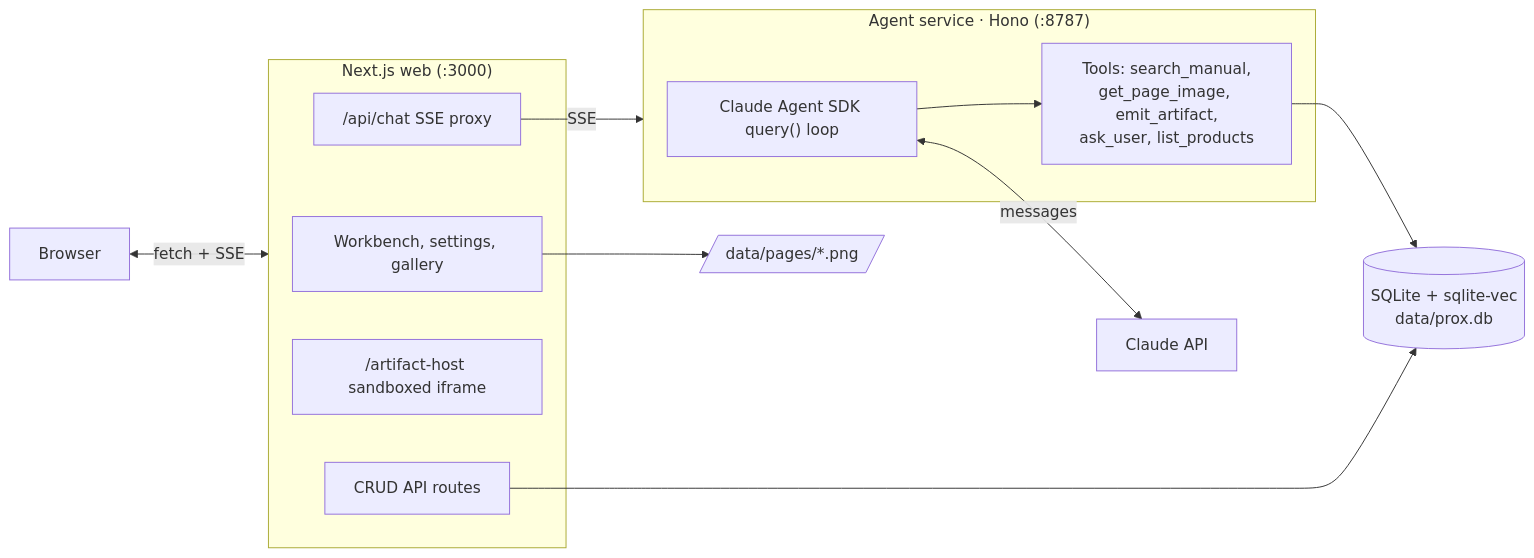
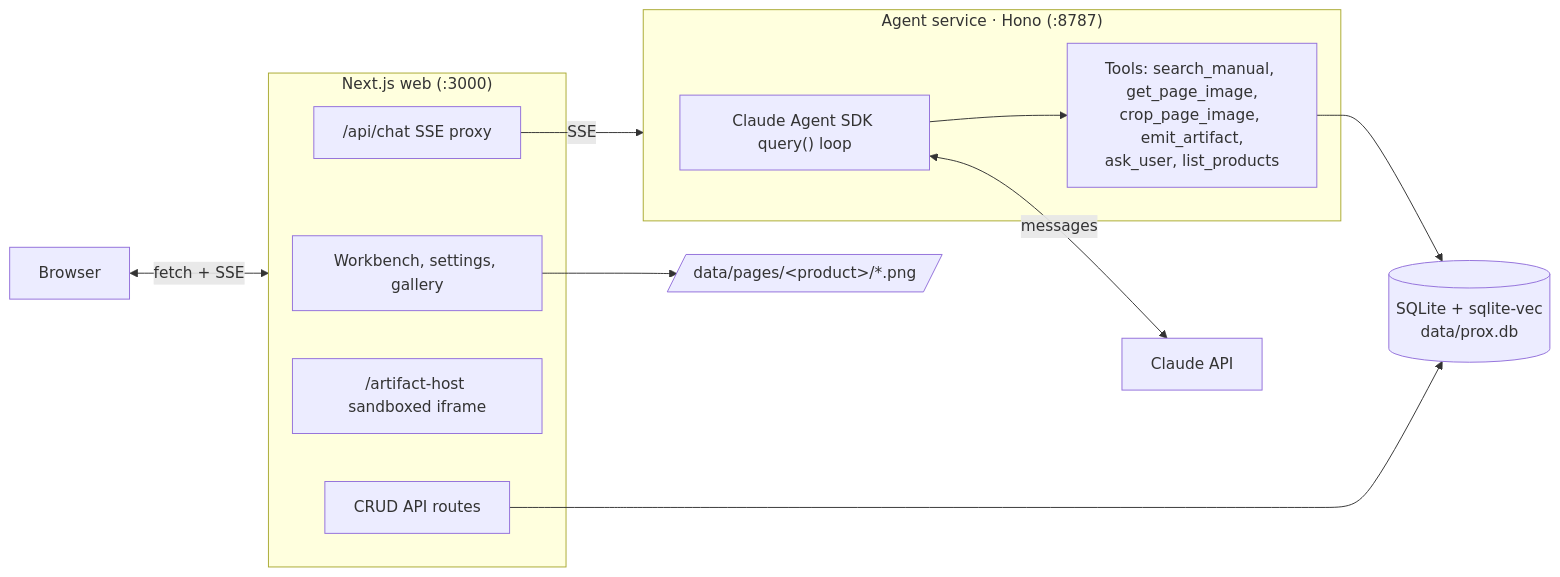
The diagram in README.md (katipally/takt), drawn with Mermaid before and after one commit. The commit also changed other lines of this file and 1 other file, not shown here.

````diff
--- a/README.md
+++ b/README.md
@@ -157,25 +156,25 @@
 ```mermaid
 flowchart LR
     B["Browser"]
     subgraph web["Next.js web (:3000)"]
         UI["Workbench, settings, gallery"]
         Proxy["/api/chat SSE proxy"]
         Iframe["/artifact-host sandboxed iframe"]
         CRUD["CRUD API routes"]
     end
     subgraph agent["Agent service · Hono (:8787)"]
         Loop["Claude Agent SDK query() loop"]
-        Tools["Tools: search_manual,<br/>get_page_image, emit_artifact,<br/>ask_user, list_products"]
+        Tools["Tools: search_manual, get_page_image,<br/>crop_page_image, emit_artifact,<br/>ask_user, list_products"]
     end
     DB[("SQLite + sqlite-vec<br/>data/prox.db")]
-    PNG[/"data/pages/*.png"/]
+    PNG[/"data/pages/&lt;product&gt;/*.png"/]
     Claude["Claude API"]
 
     B <-->|"fetch + SSE"| web
     Proxy -->|"SSE"| agent
     Loop --> Tools
     Loop <-->|"messages"| Claude
     Tools --> DB
     CRUD --> DB
     UI --> PNG
 ```
````
